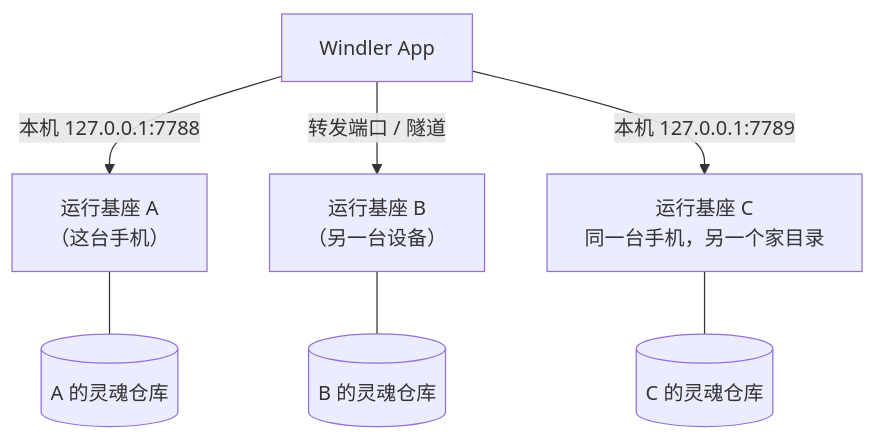
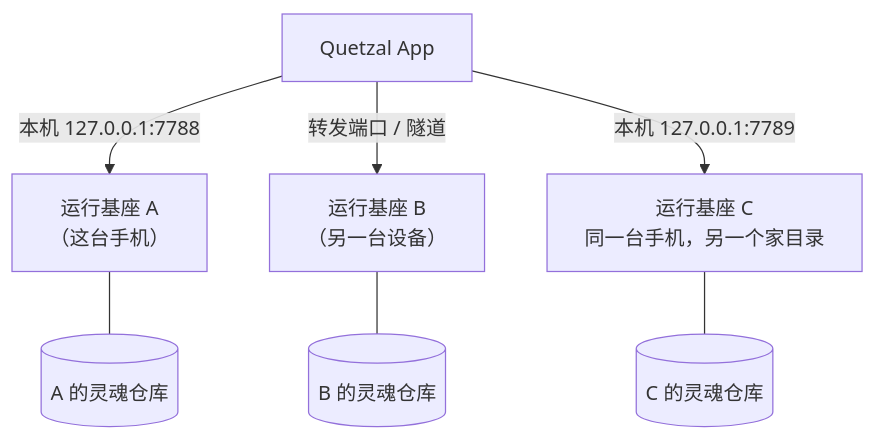
One commit to Causally-XYZ/Project.Quetzal changed the diagram in website/content/docs/zh/guide/multi-agent.md. Above: the diagram before and after it, drawn with Mermaid. The commit also changed other lines of this file and 150 other files, not shown here.

First line of the commit message:
更名为 Quetzal：运行基座、控制台、npm 包、官网、文档全部由 Windler 改名

````diff
--- a/website/content/docs/zh/guide/multi-agent.md
+++ b/website/content/docs/zh/guide/multi-agent.md
@@ -10,10 +10,10 @@
 ```mermaid
 flowchart TB
-  APP["Windler App"]
+  APP["Quetzal App"]
   APP -- "本机 127.0.0.1:7788" --> A["运行基座 A<br/>（这台手机）"]
   APP -- "转发端口 / 隧道" --> B["运行基座 B<br/>（另一台设备）"]
   APP -- "本机 127.0.0.1:7789" --> C["运行基座 C<br/>同一台手机，另一个家目录"]
   A --- SA[("A 的灵魂仓库")]
   B --- SB[("B 的灵魂仓库")]
   C --- SC[("C 的灵魂仓库")]
 ```
````
